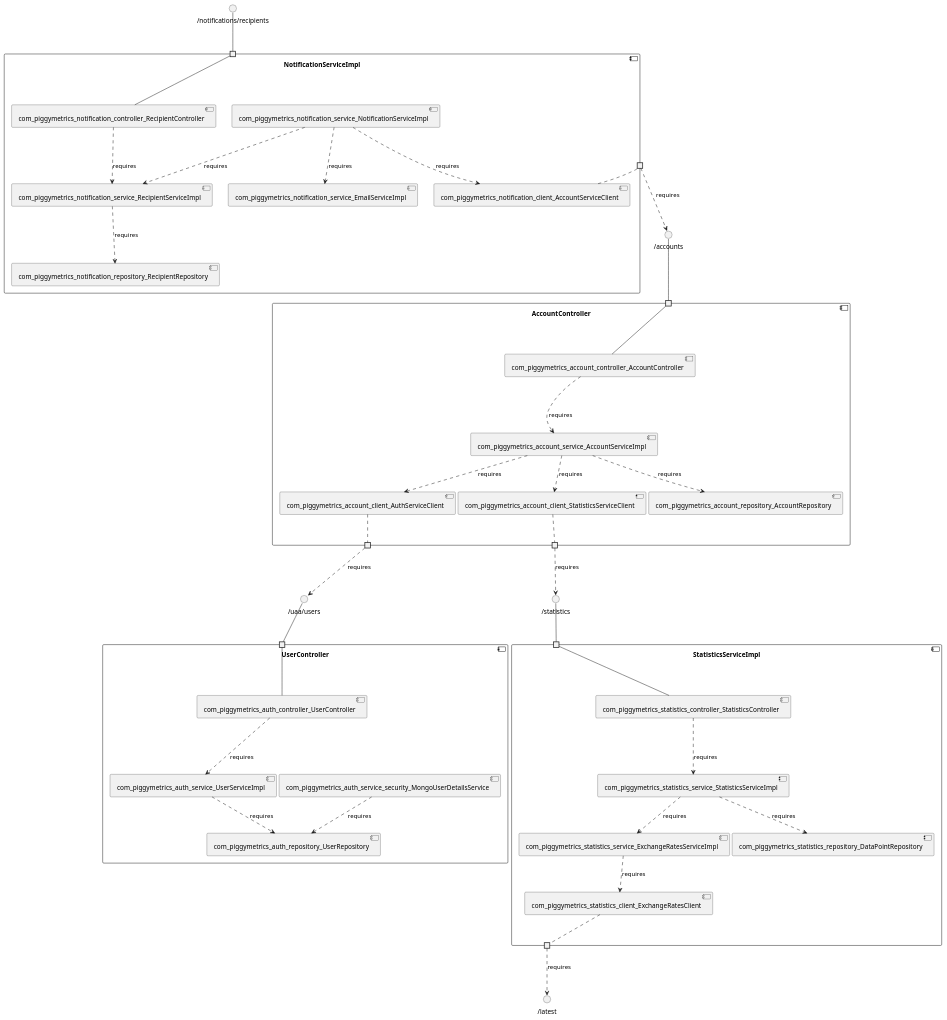
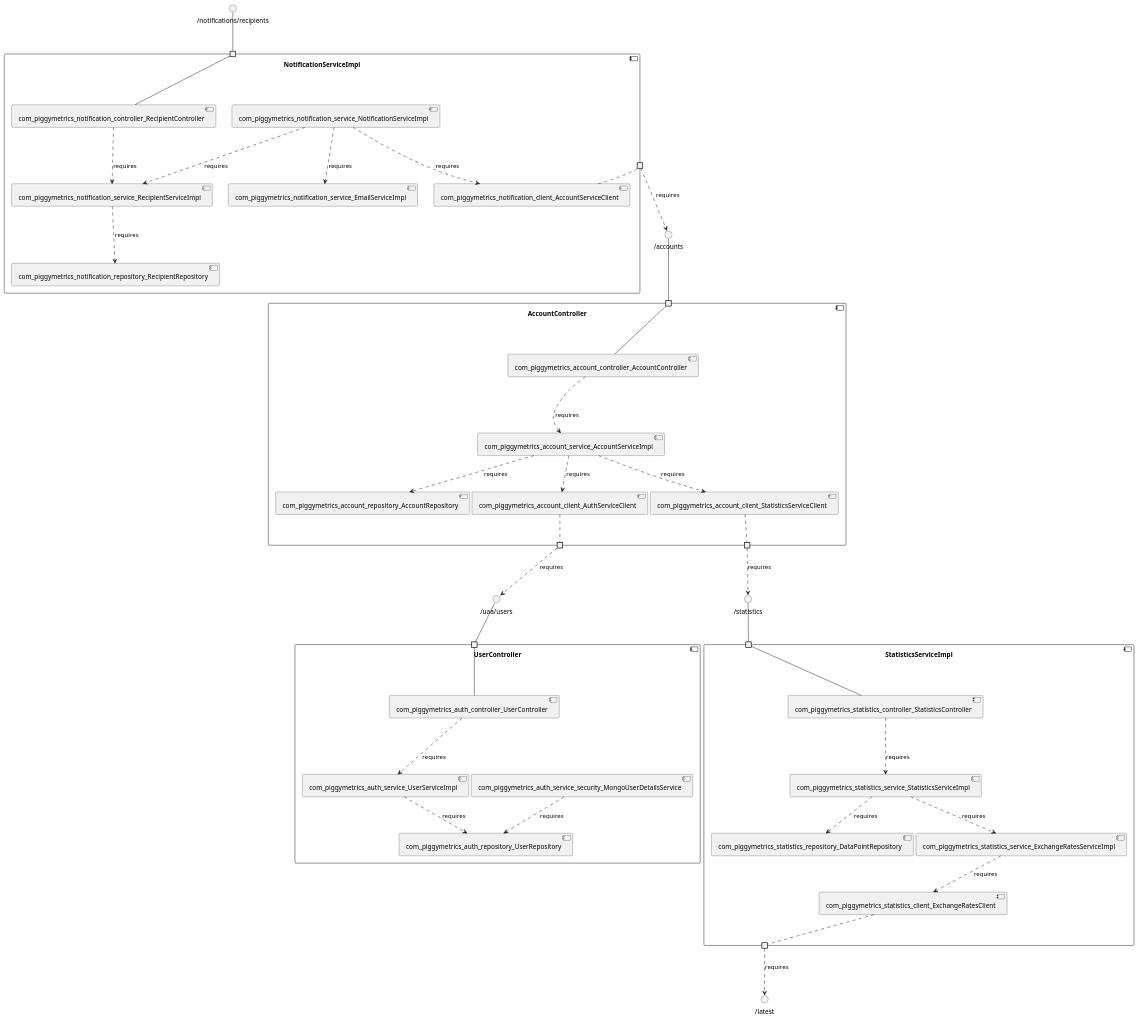
Before and after one commit to View-Based-Reverse-Engineering/Retriever-Benchmark: the diagram in piggymetrics/model_re/uml/componentDiagram.puml, drawn with PlantUML. The commit also changed other lines of this file and 131 other files, not shown here.

```diff
--- a/piggymetrics/model_re/uml/componentDiagram.puml
+++ b/piggymetrics/model_re/uml/componentDiagram.puml
@@ -1,80 +1,80 @@
 @startuml
 skinparam fixCircleLabelOverlapping true
 component "AccountController\n\n\n\n\n\n" {
+[com_piggymetrics_account_service_AccountServiceImpl]
+[com_piggymetrics_account_client_AuthServiceClient]
 [com_piggymetrics_account_controller_AccountController]
-[com_piggymetrics_account_service_AccountServiceImpl]
+[com_piggymetrics_account_client_StatisticsServiceClient]
 [com_piggymetrics_account_repository_AccountRepository]
-[com_piggymetrics_account_client_AuthServiceClient]
-[com_piggymetrics_account_client_StatisticsServiceClient]
 portin " " as AccountController.requires._accounts
 portout " " as AccountController.provides._uaa_users
 portout " " as AccountController.provides._statistics
 [com_piggymetrics_account_controller_AccountController]..>[com_piggymetrics_account_service_AccountServiceImpl] : requires
+[com_piggymetrics_account_service_AccountServiceImpl]..>[com_piggymetrics_account_client_StatisticsServiceClient] : requires
 [com_piggymetrics_account_service_AccountServiceImpl]..>[com_piggymetrics_account_repository_AccountRepository] : requires
 [com_piggymetrics_account_service_AccountServiceImpl]..>[com_piggymetrics_account_client_AuthServiceClient] : requires
-[com_piggymetrics_account_service_AccountServiceImpl]..>[com_piggymetrics_account_client_StatisticsServiceClient] : requires
 "AccountController.requires._accounts"--[com_piggymetrics_account_controller_AccountController]
 [com_piggymetrics_account_client_AuthServiceClient].."AccountController.provides._uaa_users"
 [com_piggymetrics_account_client_StatisticsServiceClient].."AccountController.provides._statistics"
 }
 interface "/accounts" as interface._accounts
 interface._accounts--"AccountController.requires._accounts"
 interface "/uaa/users" as interface._uaa_users
 "AccountController.provides._uaa_users"..>interface._uaa_users : requires
 interface "/statistics" as interface._statistics
 "AccountController.provides._statistics"..>interface._statistics : requires
 component "NotificationServiceImpl\n\n\n\n\n\n" {
+[com_piggymetrics_notification_controller_RecipientController]
+[com_piggymetrics_notification_repository_RecipientRepository]
+[com_piggymetrics_notification_service_RecipientServiceImpl]
+[com_piggymetrics_notification_client_AccountServiceClient]
+[com_piggymetrics_notification_service_NotificationServiceImpl]
 [com_piggymetrics_notification_service_EmailServiceImpl]
-[com_piggymetrics_notification_service_NotificationServiceImpl]
-[com_piggymetrics_notification_repository_RecipientRepository]
-[com_piggymetrics_notification_client_AccountServiceClient]
-[com_piggymetrics_notification_controller_RecipientController]
-[com_piggymetrics_notification_service_RecipientServiceImpl]
 portin " " as NotificationServiceImpl.requires._notifications_recipients
 portout " " as NotificationServiceImpl.provides._accounts
+[com_piggymetrics_notification_service_NotificationServiceImpl]..>[com_piggymetrics_notification_client_AccountServiceClient] : requires
+[com_piggymetrics_notification_service_RecipientServiceImpl]..>[com_piggymetrics_notification_repository_RecipientRepository] : requires
+[com_piggymetrics_notification_controller_RecipientController]..>[com_piggymetrics_notification_service_RecipientServiceImpl] : requires
 [com_piggymetrics_notification_service_NotificationServiceImpl]..>[com_piggymetrics_notification_service_RecipientServiceImpl] : requires
-[com_piggymetrics_notification_controller_RecipientController]..>[com_piggymetrics_notification_service_RecipientServiceImpl] : requires
-[com_piggymetrics_notification_service_RecipientServiceImpl]..>[com_piggymetrics_notification_repository_RecipientRepository] : requires
-[com_piggymetrics_notification_service_NotificationServiceImpl]..>[com_piggymetrics_notification_client_AccountServiceClient] : requires
 [com_piggymetrics_notification_service_NotificationServiceImpl]..>[com_piggymetrics_notification_service_EmailServiceImpl] : requires
 "NotificationServiceImpl.requires._notifications_recipients"--[com_piggymetrics_notification_controller_RecipientController]
 [com_piggymetrics_notification_client_AccountServiceClient].."NotificationServiceImpl.provides._accounts"
 }
 interface "/notifications/recipients" as interface._notifications_recipients
 interface._notifications_recipients--"NotificationServiceImpl.requires._notifications_recipients"
 interface "/accounts" as interface._accounts
 "NotificationServiceImpl.provides._accounts"..>interface._accounts : requires
 component "StatisticsServiceImpl\n\n\n\n\n\n" {
-[com_piggymetrics_statistics_repository_DataPointRepository]
 [com_piggymetrics_statistics_client_ExchangeRatesClient]
 [com_piggymetrics_statistics_controller_StatisticsController]
 [com_piggymetrics_statistics_service_StatisticsServiceImpl]
+[com_piggymetrics_statistics_repository_DataPointRepository]
 [com_piggymetrics_statistics_service_ExchangeRatesServiceImpl]
 portin " " as StatisticsServiceImpl.requires._statistics
 portout " " as StatisticsServiceImpl.provides._latest
 [com_piggymetrics_statistics_service_StatisticsServiceImpl]..>[com_piggymetrics_statistics_service_ExchangeRatesServiceImpl] : requires
+[com_piggymetrics_statistics_service_StatisticsServiceImpl]..>[com_piggymetrics_statistics_repository_DataPointRepository] : requires
 [com_piggymetrics_statistics_controller_StatisticsController]..>[com_piggymetrics_statistics_service_StatisticsServiceImpl] : requires
-[com_piggymetrics_statistics_service_StatisticsServiceImpl]..>[com_piggymetrics_statistics_repository_DataPointRepository] : requires
 [com_piggymetrics_statistics_service_ExchangeRatesServiceImpl]..>[com_piggymetrics_statistics_client_ExchangeRatesClient] : requires
 "StatisticsServiceImpl.requires._statistics"--[com_piggymetrics_statistics_controller_StatisticsController]
 [com_piggymetrics_statistics_client_ExchangeRatesClient].."StatisticsServiceImpl.provides._latest"
 }
 interface "/statistics" as interface._statistics
 interface._statistics--"StatisticsServiceImpl.requires._statistics"
 interface "/latest" as interface._latest
 "StatisticsServiceImpl.provides._latest"..>interface._latest : requires
 component "UserController\n\n\n\n\n\n" {
-[com_piggymetrics_auth_controller_UserController]
 [com_piggymetrics_auth_service_UserServiceImpl]
 [com_piggymetrics_auth_service_security_MongoUserDetailsService]
 [com_piggymetrics_auth_repository_UserRepository]
+[com_piggymetrics_auth_controller_UserController]
 portin " " as UserController.requires._uaa_users
+[com_piggymetrics_auth_controller_UserController]..>[com_piggymetrics_auth_service_UserServiceImpl] : requires
 [com_piggymetrics_auth_service_UserServiceImpl]..>[com_piggymetrics_auth_repository_UserRepository] : requires
 [com_piggymetrics_auth_service_security_MongoUserDetailsService]..>[com_piggymetrics_auth_repository_UserRepository] : requires
-[com_piggymetrics_auth_controller_UserController]..>[com_piggymetrics_auth_service_UserServiceImpl] : requires
 "UserController.requires._uaa_users"--[com_piggymetrics_auth_controller_UserController]
 }
 interface "/uaa/users" as interface._uaa_users
 interface._uaa_users--"UserController.requires._uaa_users"
 
 @enduml
```
